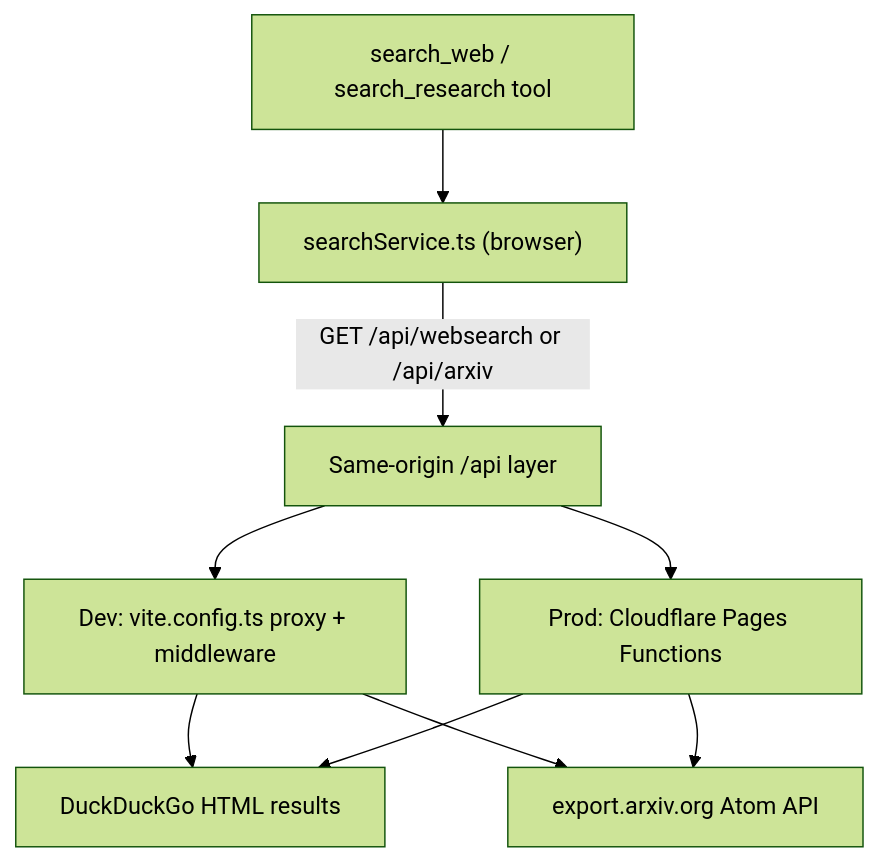
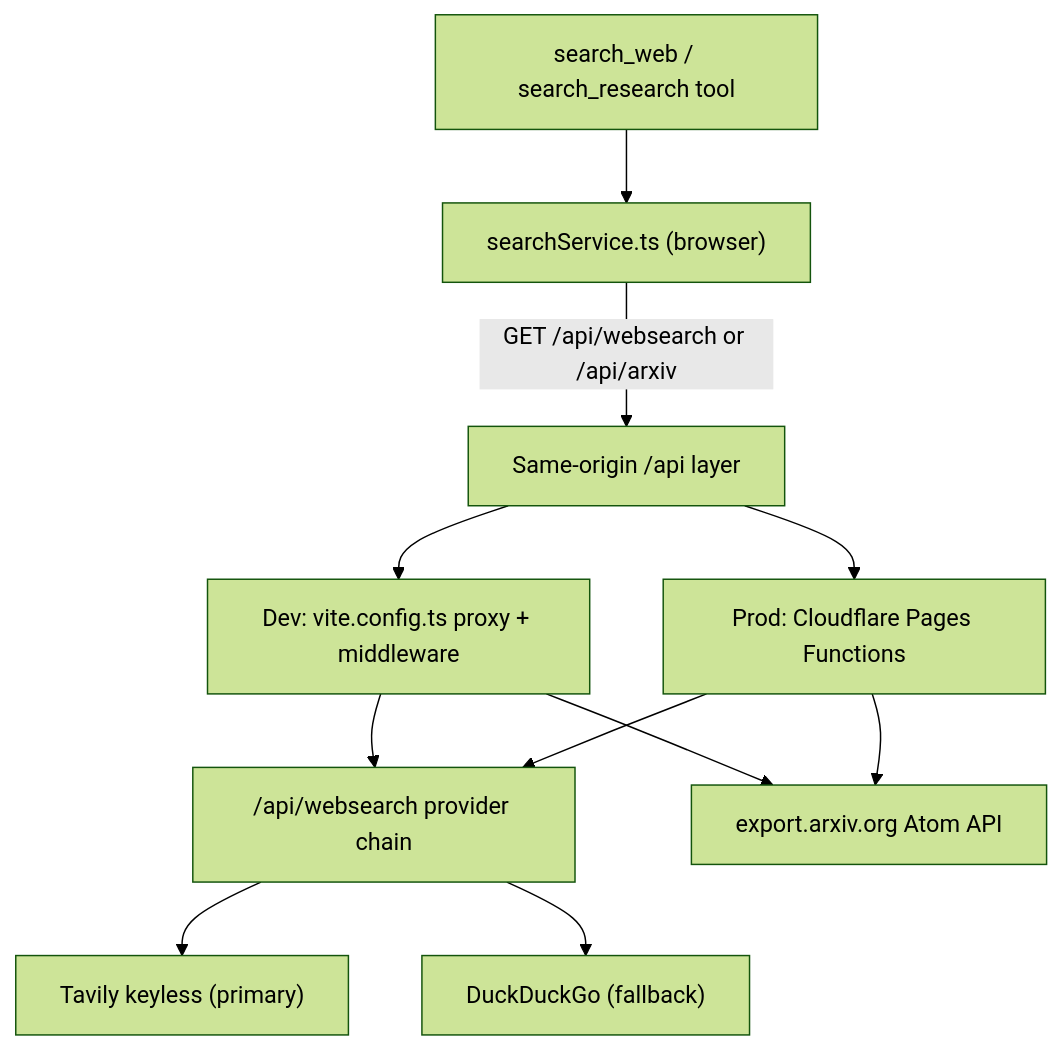
The diagram in docs/research-tools.mdx (AmritSDutta/b_aassistant), drawn with Mermaid (forest theme) before and after one commit. The commit also changed other lines of this file and 23 other files, not shown here.

````diff
--- a/docs/research-tools.mdx
+++ b/docs/research-tools.mdx
@@ -27,11 +29,13 @@
 ```mermaid
 flowchart TD
   Tool["search_web / search_research tool"] --> Service["searchService.ts (browser)"]
   Service -->|"GET /api/websearch or /api/arxiv"| Api["Same-origin /api layer"]
   Api --> Dev["Dev: vite.config.ts proxy + middleware"]
   Api --> Prod["Prod: Cloudflare Pages Functions"]
-  Dev --> DDG["DuckDuckGo HTML results"]
+  Dev --> Web["/api/websearch provider chain"]
+  Prod --> Web
+  Web --> Tavily["Tavily keyless (primary)"]
+  Web --> DDG["DuckDuckGo (fallback)"]
   Dev --> Arxiv["export.arxiv.org Atom API"]
-  Prod --> DDG
   Prod --> Arxiv
 ```
````
